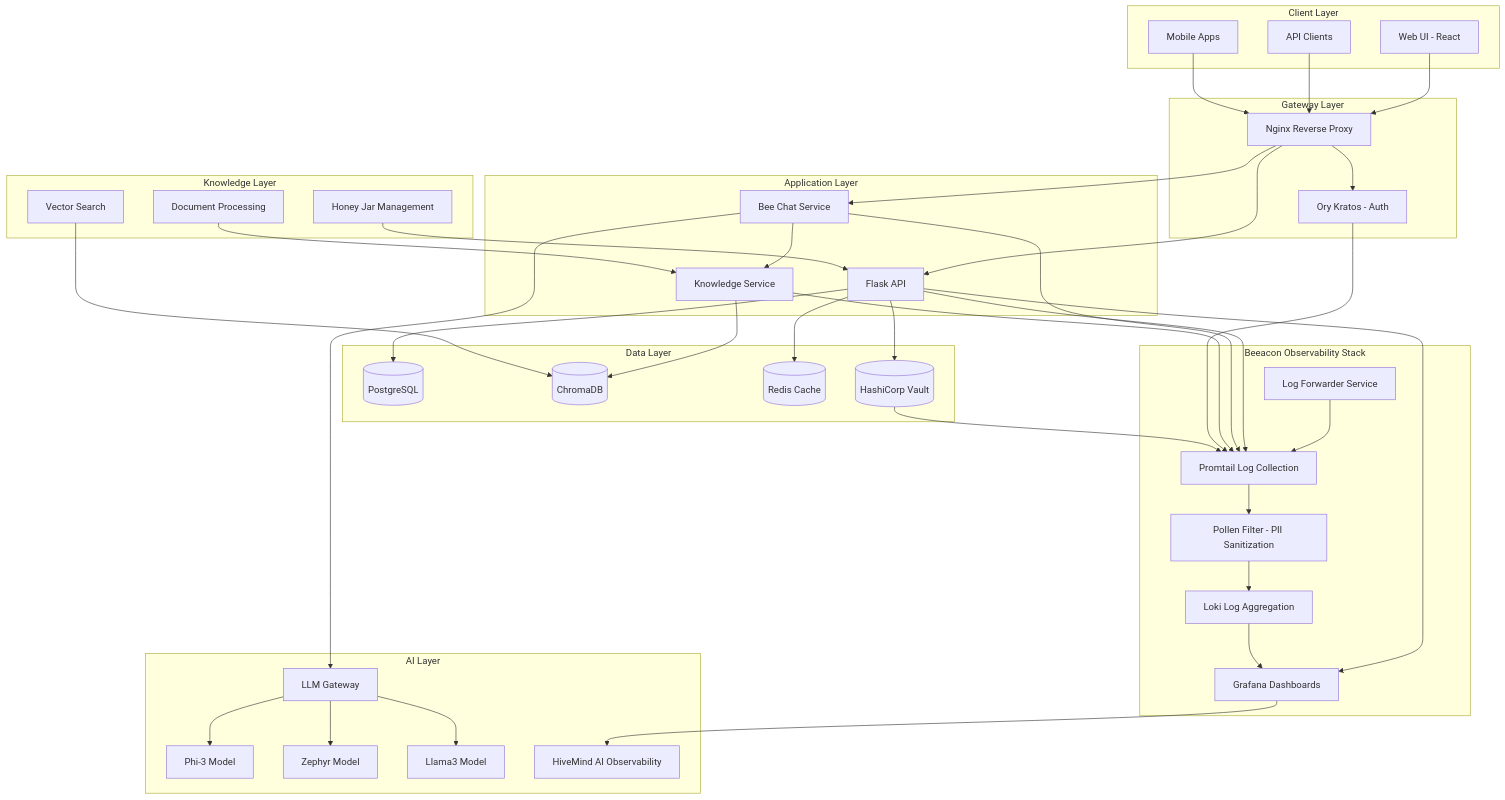
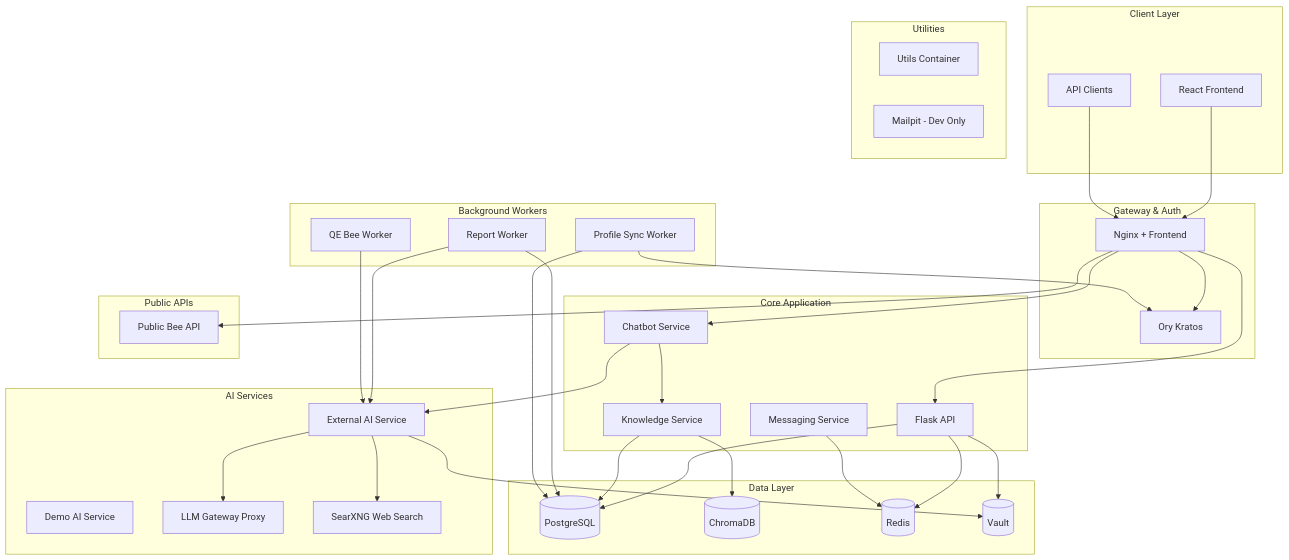
The first of 6 diagrams in content/en/docs/architecture/system-architecture.md (AlphaBytez/STING-CE-Docs), drawn with Mermaid before and after one commit. The commit also changed other lines of this file and 3 other files, not shown here.

First line of the commit message:
Add Reports API documentation and integrate report generation features

````diff
--- a/content/en/docs/architecture/system-architecture.md
+++ b/content/en/docs/architecture/system-architecture.md
@@ -16,86 +17,80 @@
 ```mermaid
 graph TB
     subgraph "Client Layer"
-        UI[Web UI - React]
-        API_CLIENT[API Clients]
-        MOBILE[Mobile Apps]
+        UI[React Frontend]
+        API[API Clients]
     end
     
-    subgraph "Gateway Layer"
-        NGINX[Nginx Reverse Proxy]
-        KRATOS[Ory Kratos - Auth]
+    subgraph "Gateway & Auth"
+        NGINX[Nginx + Frontend]
+        KRATOS[Ory Kratos]
     end
     
-    subgraph "Application Layer"
-        FLASK[Flask API]
-        BEE[Bee Chat Service]
+    subgraph "Core Application"
+        APP[Flask API]
+        CHATBOT[Chatbot Service]
         KNOWLEDGE[Knowledge Service]
+        MESSAGING[Messaging Service]
     end
     
-    subgraph "Beeacon Observability Stack"
-        GRAFANA[Grafana Dashboards]
-        LOKI[Loki Log Aggregation]
-        PROMTAIL[Promtail Log Collection]
-        LOG_FORWARDER[Log Forwarder Service]
-        POLLEN_FILTER[Pollen Filter - PII Sanitization]
+    subgraph "AI Services"
+        EXTERNAL[External AI Service]
+        DEMO[Demo AI Service]
+        LLM_GW[LLM Gateway Proxy]
+        SEARXNG[SearXNG Web Search]
     end
     
-    subgraph "AI Layer"
-        LLM_GW[LLM Gateway]
-        LLM1[Phi-3 Model]
-        LLM2[Zephyr Model]
-        LLM3[Llama3 Model]
-        HIVEMIND[HiveMind AI Observability]
+    subgraph "Background Workers"
+        REPORT[Report Worker]
+        QE[QE Bee Worker]
+        PROFILE[Profile Sync Worker]
+    end
+    
+    subgraph "Public APIs"
+        PUBLIC[Public Bee API]
     end
     
     subgraph "Data Layer"
         PG[(PostgreSQL)]
         CHROMA[(ChromaDB)]
-        REDIS[(Redis Cache)]
-        VAULT[(HashiCorp Vault)]
+        REDIS[(Redis)]
+        VAULT[(Vault)]
     end
     
-    subgraph "Knowledge Layer"
-        honey_jarS[Honey Jar Management]
-        DOC_PROC[Document Processing]
-        VECTOR_SEARCH[Vector Search]
+    subgraph "Utilities"
+        UTILS[Utils Container]
+        MAILPIT[Mailpit - Dev Only]
     end
     
     UI --> NGINX
-    API_CLIENT --> NGINX
-    MOBILE --> NGINX
+    API --> NGINX
     
     NGINX --> KRATOS
-    NGINX --> FLASK
-    NGINX --> BEE
+    NGINX --> APP
+    NGINX --> CHATBOT
+    NGINX --> PUBLIC
     
-    FLASK --> PG
-    FLASK --> REDIS
-    FLASK --> VAULT
-    FLASK --> GRAFANA
+    APP --> PG
+    APP --> REDIS
+    APP --> VAULT
     
-    BEE --> KNOWLEDGE
-    BEE --> LLM_GW
+    CHATBOT --> EXTERNAL
+    CHATBOT --> KNOWLEDGE
+    
+    EXTERNAL --> LLM_GW
+    EXTERNAL --> SEARXNG
+    EXTERNAL --> VAULT
     
     KNOWLEDGE --> CHROMA
+    KNOWLEDGE --> PG
     
-    LLM_GW --> LLM1
-    LLM_GW --> LLM2
-    LLM_GW --> LLM3
+    REPORT --> EXTERNAL
+    REPORT --> PG
     
-    honey_jarS --> FLASK
-    DOC_PROC --> KNOWLEDGE
-    VECTOR_SEARCH --> CHROMA
+    QE --> EXTERNAL
     
-    LOG_FORWARDER --> PROMTAIL
-    PROMTAIL --> POLLEN_FILTER
-    POLLEN_FILTER --> LOKI
-    LOKI --> GRAFANA
-    GRAFANA --> HIVEMIND
+    MESSAGING --> REDIS
     
-    FLASK --> PROMTAIL
-    BEE --> PROMTAIL
-    KNOWLEDGE --> PROMTAIL
-    KRATOS --> PROMTAIL
-    VAULT --> PROMTAIL
+    PROFILE --> PG
+    PROFILE --> KRATOS
 ```
````
